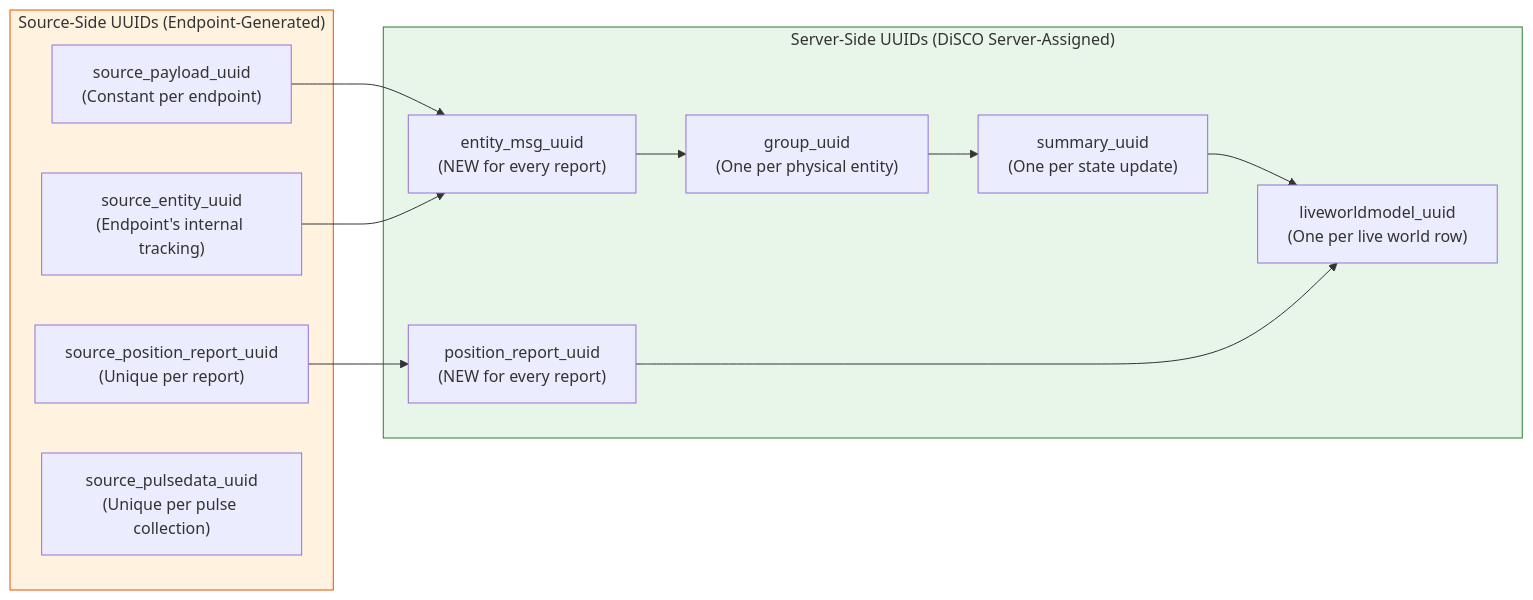
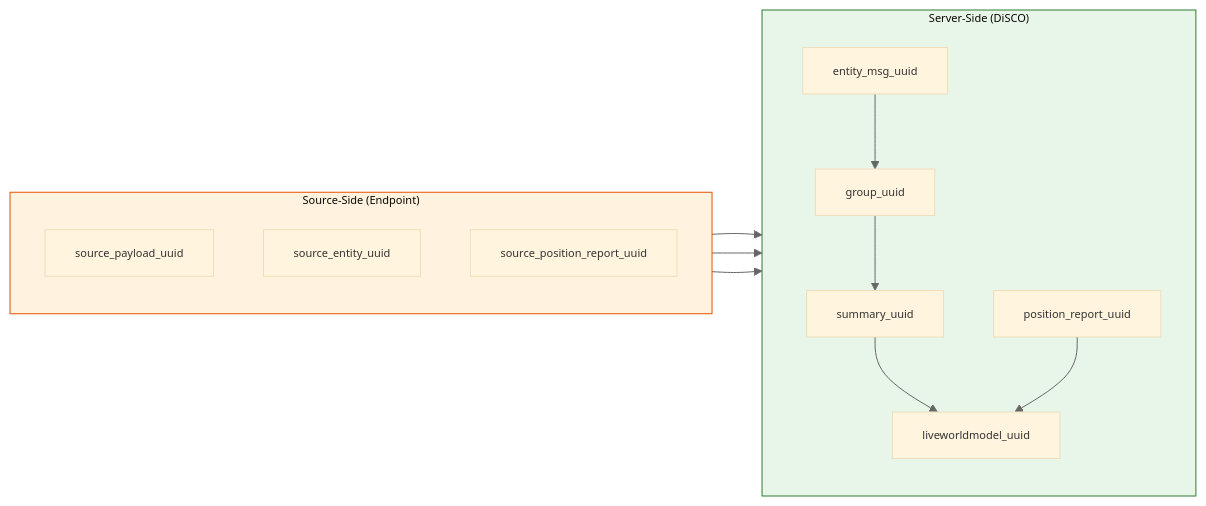
The second of 6 diagrams in docs/data-architecture-erd.md (ericpauls/disco_workspace), drawn with Mermaid before and after one commit. The commit also changed other lines of this file and 1 other file, not shown here.

First line of the commit message:
docs: Improve architecture diagram readability

````diff
--- a/docs/data-architecture-erd.md
+++ b/docs/data-architecture-erd.md
@@ -113,28 +65,33 @@
 ```mermaid
+%%{init: {'theme': 'base', 'themeVariables': { 'lineColor': '#666', 'fontSize': '11px'}}}%%
 flowchart LR
-    subgraph SourceSide["Source-Side UUIDs (Endpoint-Generated)"]
-        SPU["source_payload_uuid<br/>(Constant per endpoint)"]
-        SEU["source_entity_uuid<br/>(Endpoint's internal tracking)"]
-        SPRU["source_position_report_uuid<br/>(Unique per report)"]
-        SPDU["source_pulsedata_uuid<br/>(Unique per pulse collection)"]
+    subgraph source["Source-Side (Endpoint)"]
+        direction TB
+        spu["source_payload_uuid"]
+        seu["source_entity_uuid"]
+        spru["source_position_report_uuid"]
     end
 
-    subgraph ServerSide["Server-Side UUIDs (DiSCO Server-Assigned)"]
-        EMU["entity_msg_uuid<br/>(NEW for every report)"]
-        PRU["position_report_uuid<br/>(NEW for every report)"]
-        GU["group_uuid<br/>(One per physical entity)"]
-        SU["summary_uuid<br/>(One per state update)"]
-        LWU["liveworldmodel_uuid<br/>(One per live world row)"]
+    subgraph server["Server-Side (DiSCO)"]
+        direction TB
+        emu["entity_msg_uuid"]
+        pru["position_report_uuid"]
+        gu["group_uuid"]
+        su["summary_uuid"]
+        lwu["liveworldmodel_uuid"]
     end
 
-    SPU --> EMU
-    SEU --> EMU
-    SPRU --> PRU
-    EMU --> GU
-    GU --> SU
-    SU --> LWU
-    PRU --> LWU
+    spu --> emu
+    seu --> emu
+    spru --> pru
+    emu --> gu
+    gu --> su
+    su --> lwu
+    pru --> lwu
 
-    style SourceSide fill:#fff3e0,stroke:#e65100
-    style ServerSide fill:#e8f5e9,stroke:#2e7d32
+    classDef sourceStyle fill:#fff3e0,stroke:#e65100
+    classDef serverStyle fill:#e8f5e9,stroke:#2e7d32
+
+    class source sourceStyle
+    class server serverStyle
 ```
````
